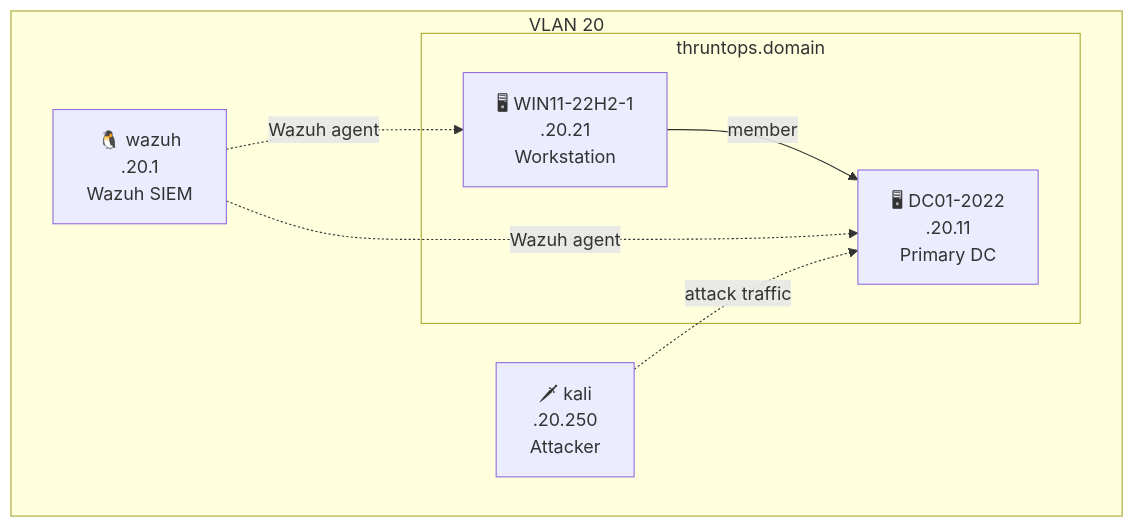
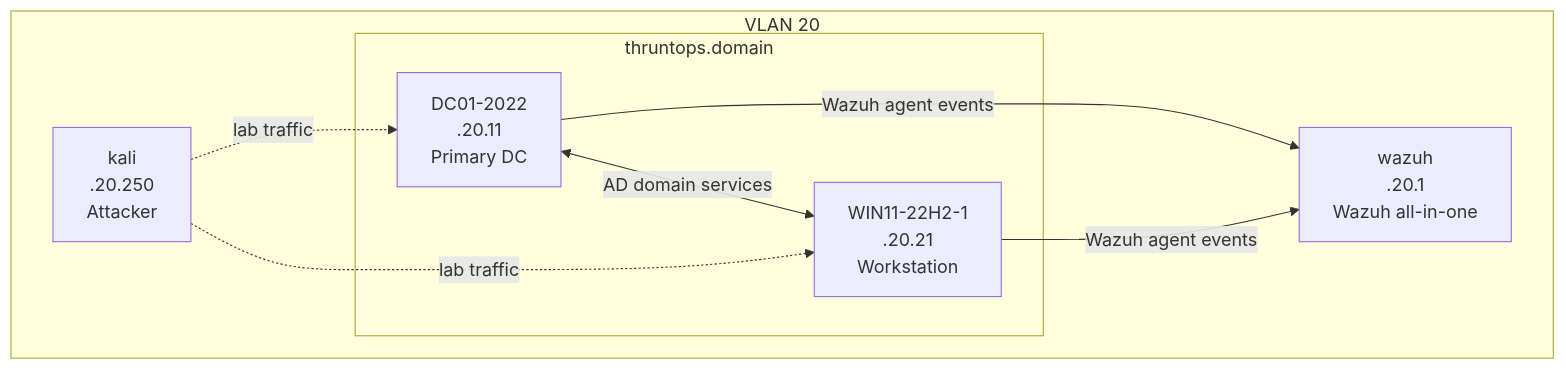
Before and after one commit to enonethreezed/ThruntOps: the diagram in docs/_tabs/wazuh.md, drawn with Mermaid. The commit also changed other lines of this file and 2 other files, not shown here.

Commit message:
Fix SIEM network diagrams for Chirpy

````diff
--- a/docs/_tabs/wazuh.md
+++ b/docs/_tabs/wazuh.md
@@ -37,16 +38,17 @@
 ```mermaid
-graph TB
+flowchart TB
     subgraph VLAN20["VLAN 20"]
         subgraph domain["thruntops.domain"]
-            DC1["🖥 DC01-2022\n.20.11\nPrimary DC"]
-            W1["🖥 WIN11-22H2-1\n.20.21\nWorkstation"]
+            DC1["DC01-2022<br/>.20.11<br/>Primary DC"]
+            W1["WIN11-22H2-1<br/>.20.21<br/>Workstation"]
         end
-        WAZUH["🐧 wazuh\n.20.1\nWazuh SIEM"]
-        KALI["🗡 kali\n.20.250\nAttacker"]
+        WAZUH["wazuh<br/>.20.1<br/>Wazuh all-in-one"]
+        KALI["kali<br/>.20.250<br/>Attacker"]
     end
 
-    W1 -->|"member"| DC1
-    WAZUH -.->|"Wazuh agent"| DC1
-    WAZUH -.->|"Wazuh agent"| W1
-    KALI -.->|"attack traffic"| DC1
+    DC1 <-->|"AD domain services"| W1
+    DC1 -->|"Wazuh agent events"| WAZUH
+    W1 -->|"Wazuh agent events"| WAZUH
+    KALI -.->|"lab traffic"| DC1
+    KALI -.->|"lab traffic"| W1
 ```
````
